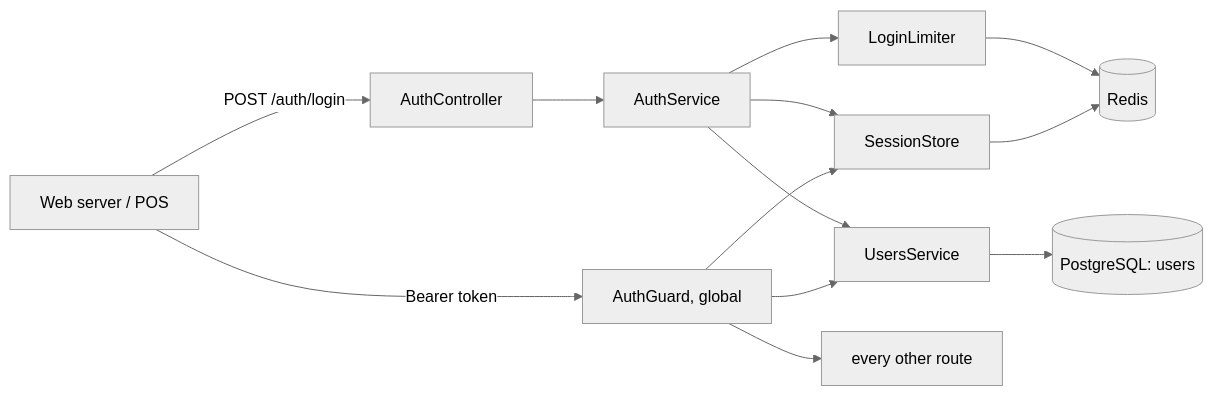
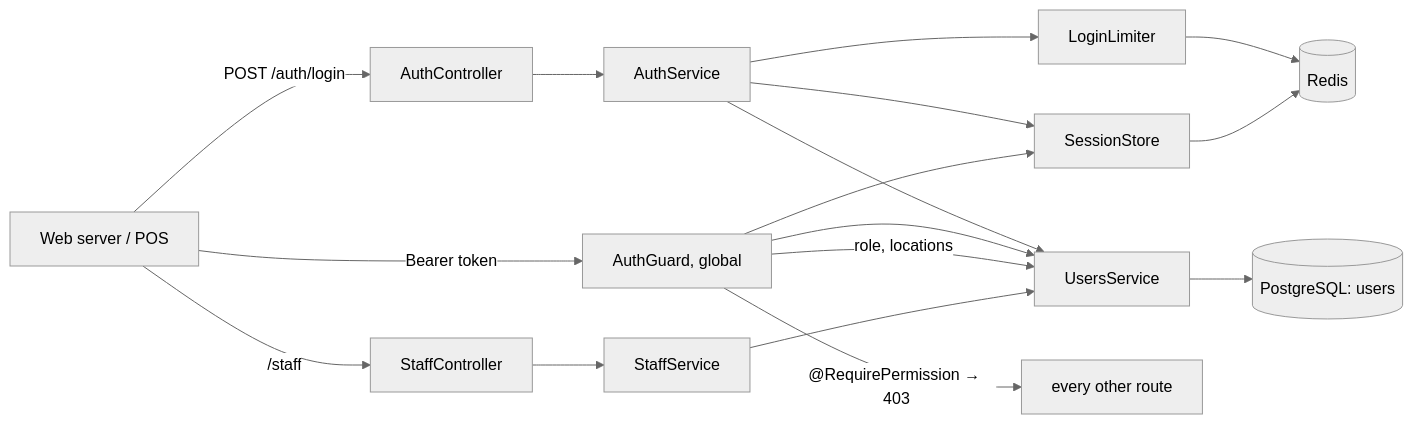
The diagram in docs/modules/identity/README.md (DevAgassi/flower-network), drawn with Mermaid (neutral theme) before and after one commit. The commit also changed other lines of this file and 33 other files, not shown here.

First line of the commit message:
IAM-02: roles, permissions, staff locations, staff API

````diff
--- a/docs/modules/identity/README.md
+++ b/docs/modules/identity/README.md
@@ -28,12 +31,14 @@
 ```mermaid
 flowchart LR
   web[Web server / POS] -->|POST /auth/login| auth[AuthController]
   auth --> svc[AuthService]
   svc --> limiter[LoginLimiter] --> redis[(Redis)]
   svc --> users[UsersService] --> pg[(PostgreSQL: users)]
   svc --> sessions[SessionStore] --> redis
   web -->|Bearer token| guard[AuthGuard, global]
   guard --> sessions
   guard --> users
-  guard --> routes[every other route]
+  guard -->|role, locations| users
+  guard -->|"@RequirePermission → 403"| routes[every other route]
+  web -->|/staff| staff[StaffController] --> staffsvc[StaffService] --> users
 ```
````
